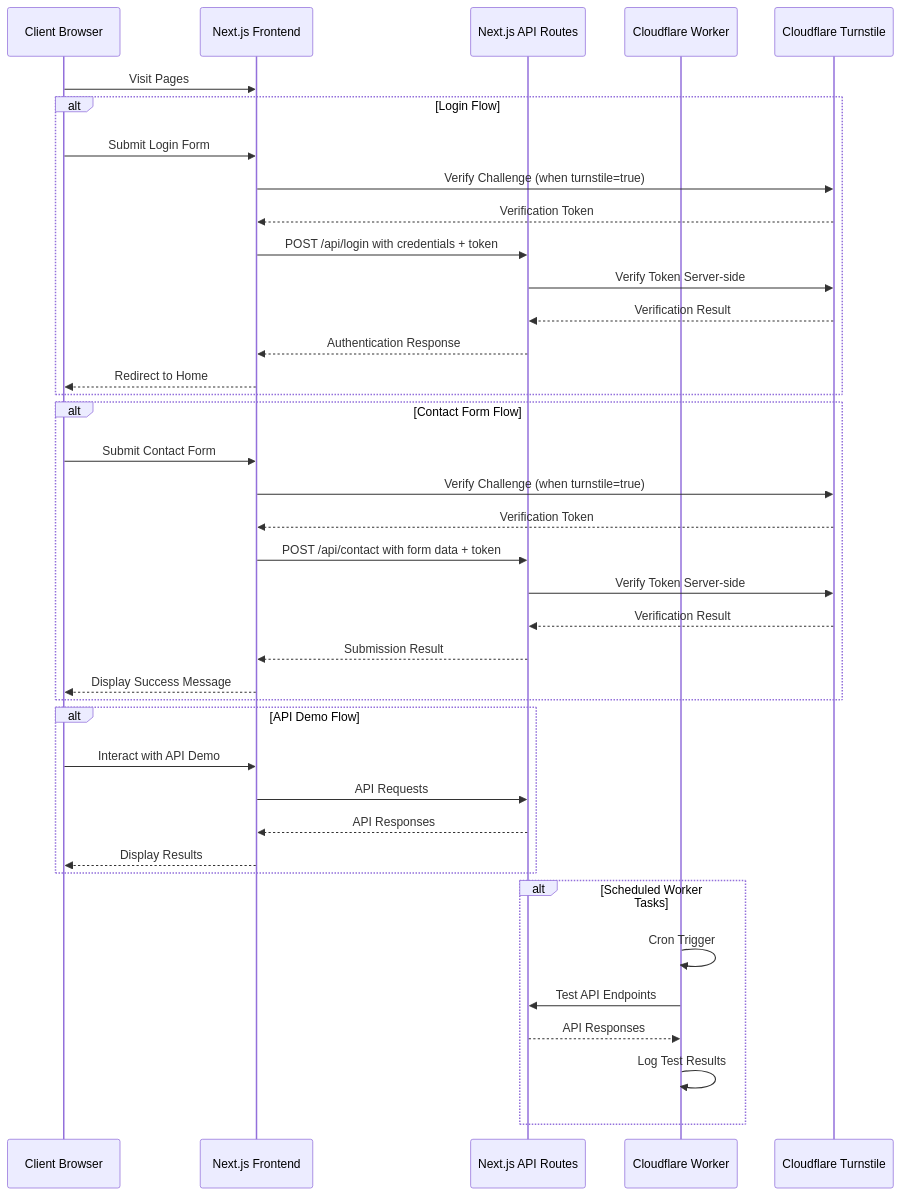
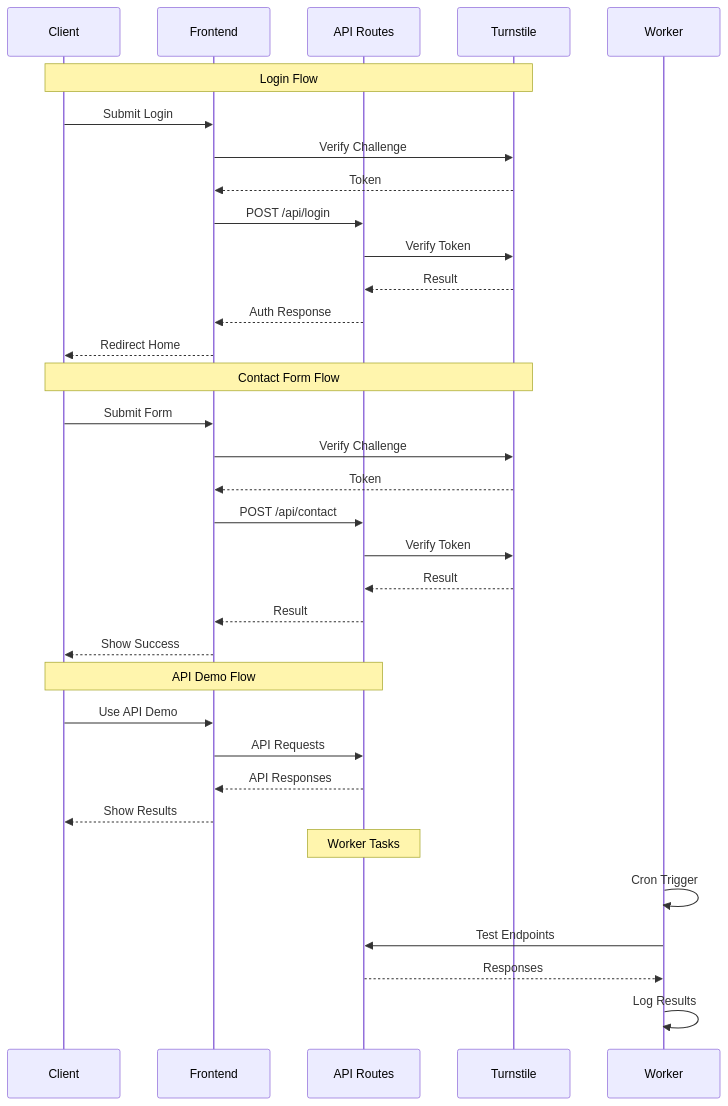
Before and after one commit to nouvellonsteph/banking-simulation: the third of 4 diagrams in project-architecture.md, drawn with Mermaid. The commit also changed other lines of this file and 1 other file, not shown here.

Commit message:
Refactor architecture diagrams in README and project-architecture files for clarity and consistency

````diff
--- a/project-architecture.md
+++ b/project-architecture.md
@@ -136,46 +152,39 @@
 ```mermaid
 sequenceDiagram
-    participant Client as Client Browser
-    participant Frontend as Next.js Frontend
-    participant APIRoutes as Next.js API Routes
-    participant Worker as Cloudflare Worker
-    participant Turnstile as Cloudflare Turnstile
+    participant Client as Client
+    participant Frontend as Frontend
+    participant API as API Routes
+    participant Turnstile as Turnstile
     
-    Client->>Frontend: Visit Pages
+    Note over Client,Turnstile: Login Flow
+    Client->>Frontend: Submit Login
+    Frontend->>Turnstile: Verify Challenge
+    Turnstile-->>Frontend: Token
+    Frontend->>API: POST /api/login
+    API->>Turnstile: Verify Token
+    Turnstile-->>API: Result
+    API-->>Frontend: Auth Response
+    Frontend-->>Client: Redirect Home
     
-    alt Login Flow
-        Client->>Frontend: Submit Login Form
-        Frontend->>Turnstile: Verify Challenge (when turnstile=true)
-        Turnstile-->>Frontend: Verification Token
-        Frontend->>APIRoutes: POST /api/login with credentials + token
-        APIRoutes->>Turnstile: Verify Token Server-side
-        Turnstile-->>APIRoutes: Verification Result
-        APIRoutes-->>Frontend: Authentication Response
-        Frontend-->>Client: Redirect to Home
-    end
+    Note over Client,Turnstile: Contact Form Flow
+    Client->>Frontend: Submit Form
+    Frontend->>Turnstile: Verify Challenge
+    Turnstile-->>Frontend: Token
+    Frontend->>API: POST /api/contact
+    API->>Turnstile: Verify Token
+    Turnstile-->>API: Result
+    API-->>Frontend: Result
+    Frontend-->>Client: Show Success
     
-    alt Contact Form Flow
-        Client->>Frontend: Submit Contact Form
-        Frontend->>Turnstile: Verify Challenge (when turnstile=true)
-        Turnstile-->>Frontend: Verification Token
-        Frontend->>APIRoutes: POST /api/contact with form data + token
-        APIRoutes->>Turnstile: Verify Token Server-side
-        Turnstile-->>APIRoutes: Verification Result
-        APIRoutes-->>Frontend: Submission Result
-        Frontend-->>Client: Display Success Message
-    end
+    Note over Client,API: API Demo Flow
+    Client->>Frontend: Use API Demo
+    Frontend->>API: API Requests
+    API-->>Frontend: API Responses
+    Frontend-->>Client: Show Results
     
-    alt API Demo Flow
-        Client->>Frontend: Interact with API Demo
-        Frontend->>APIRoutes: API Requests
-        APIRoutes-->>Frontend: API Responses
-        Frontend-->>Client: Display Results
-    end
-    
-    alt Scheduled Worker Tasks
-        Worker->>Worker: Cron Trigger
-        Worker->>APIRoutes: Test API Endpoints
-        APIRoutes-->>Worker: API Responses
-        Worker->>Worker: Log Test Results
-    end
+    Note over API: Worker Tasks
+    Worker->>Worker: Cron Trigger
+    Worker->>API: Test Endpoints
+    API-->>Worker: Responses
+    Worker->>Worker: Log Results
 ```
````
